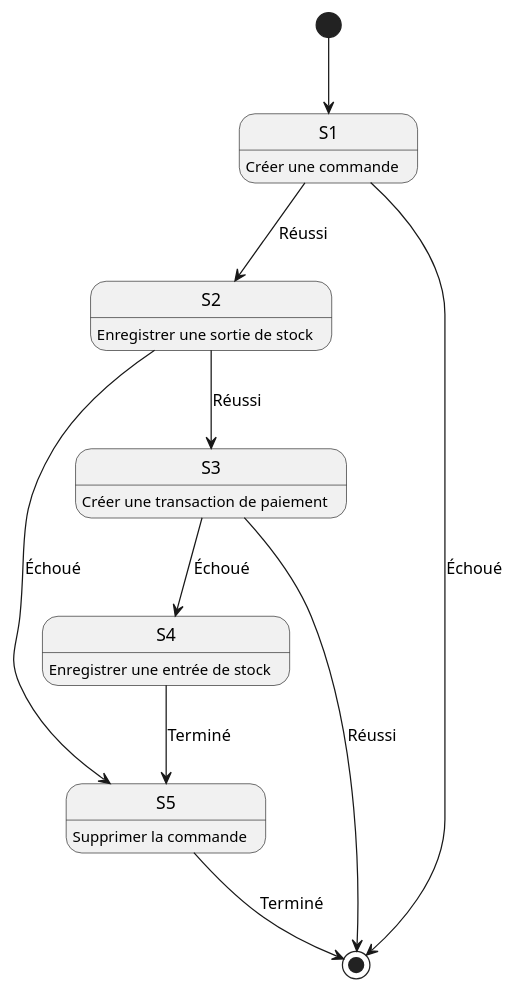
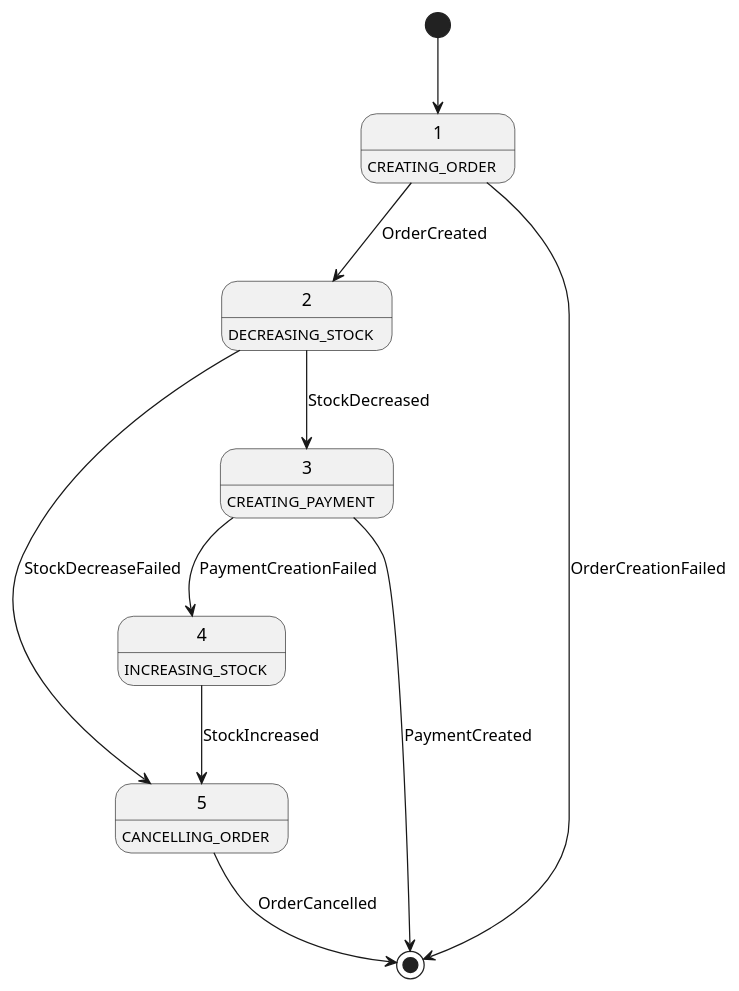
Before and after one commit to guteacher/log430-labo6-saga-orchestrator: the diagram in docs/views/state_machine.puml, drawn with PlantUML. The commit also changed 9 other files, not shown here.

```diff
--- a/docs/views/state_machine.puml
+++ b/docs/views/state_machine.puml
@@ -1,19 +1,19 @@
 @startuml
-S1 : Créer une commande
-S5 : Supprimer la commande
-S2 : Enregistrer une sortie de stock
-S4 : Enregistrer une entrée de stock
-S3 : Créer une transaction de paiement
+1 : CREATING_ORDER
+5 : CANCELLING_ORDER
+2 : DECREASING_STOCK
+4 : INCREASING_STOCK
+3 : CREATING_PAYMENT
 
-[*] --> S1
-S1 --> S2 : Réussi
-S2 --> S3 : Réussi
-S3 --> [*] : Réussi
+[*] --> 1
+1 --> 2 : OrderCreated
+2 --> 3 : StockDecreased
+3 --> [*] : PaymentCreated
 
-S3 --> S4  : Échoué
-S4 --> S5 : Terminé
-S5 --> [*] : Terminé
+3 --> 4  : PaymentCreationFailed
+4 --> 5 : StockIncreased
+5 --> [*] : OrderCancelled
 
-S2 --> S5 : Échoué
-S1 --> [*] : Échoué
+2 --> 5 : StockDecreaseFailed
+1 --> [*] : OrderCreationFailed
 @enduml
```
